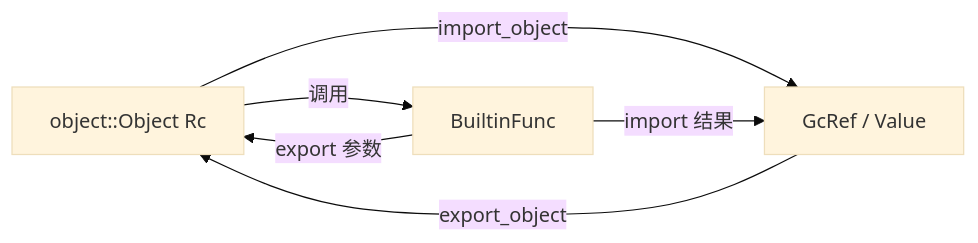
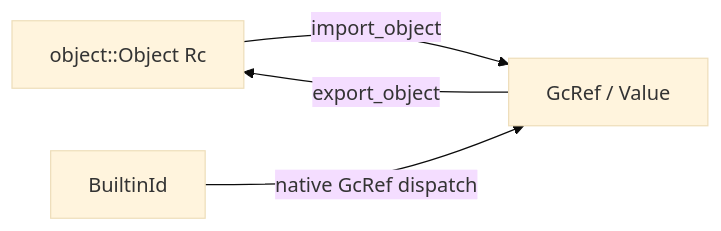
Diagram 12 of 13 in gc/gc-report.md (gengjiawen/monkey-rust), drawn with Mermaid (base theme) before and after one commit. The commit also changed other lines of this file and 57 other files, not shown here.

````diff
--- a/gc/gc-report.md
+++ b/gc/gc-report.md
@@ -1468,8 +1496,6 @@
 ```mermaid
 flowchart LR
     Obj["object::Object Rc"] -->|import_object| Heap["GcRef / Value"]
     Heap -->|export_object| Obj
-    Builtin["BuiltinFunc"] -->|export 参数| Obj
-    Obj -->|调用| Builtin
-    Builtin -->|import 结果| Heap
+    Builtin["BuiltinId"] -->|native GcRef dispatch| Heap
 ```
````
